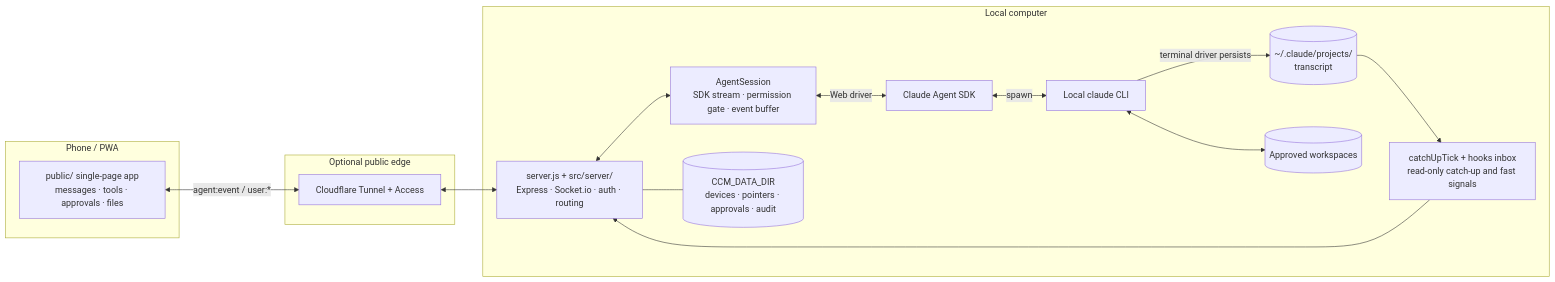
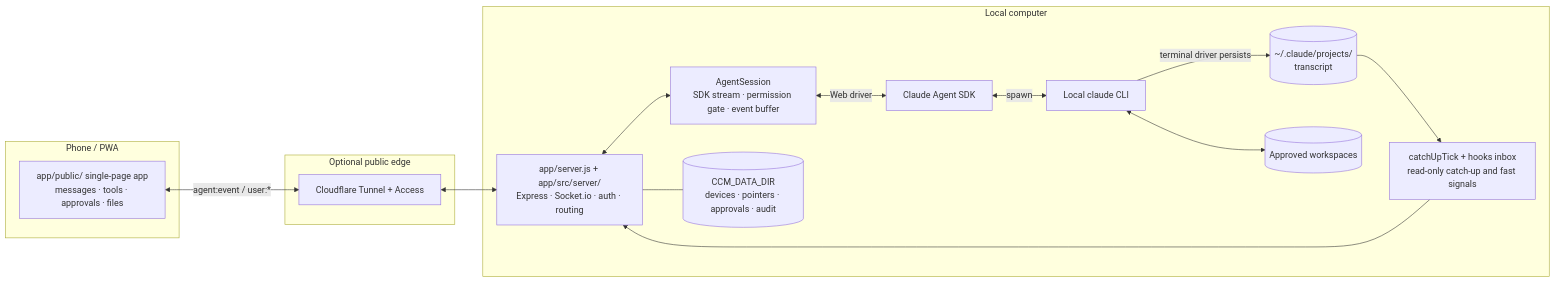
One commit to Ike-li/claude-chat-mobile changed the diagram in docs/architecture.en.md. Above: the diagram before and after it, drawn with Mermaid. The commit also changed other lines of this file and 393 other files, not shown here.

First line of the commit message:
refactor(repo): 运行时代码收进 app/（src + public + server.js）

````diff
--- a/docs/architecture.en.md
+++ b/docs/architecture.en.md
@@ -20,27 +20,27 @@
 ```mermaid
 graph LR
     subgraph Phone["Phone / PWA"]
-        UI["public/ single-page app<br/>messages · tools · approvals · files"]
+        UI["app/public/ single-page app<br/>messages · tools · approvals · files"]
     end
     subgraph Edge["Optional public edge"]
         CF["Cloudflare Tunnel + Access"]
     end
     subgraph Host["Local computer"]
-        S["server.js + src/server/<br/>Express · Socket.io · auth · routing"]
+        S["app/server.js + app/src/server/<br/>Express · Socket.io · auth · routing"]
         A["AgentSession<br/>SDK stream · permission gate · event buffer"]
         SDK["Claude Agent SDK"]
         CLI["Local claude CLI"]
         T[("~/.claude/projects/<br/>transcript")]
         H["catchUpTick + hooks inbox<br/>read-only catch-up and fast signals"]
         D[("CCM_DATA_DIR<br/>devices · pointers · approvals · audit")]
         FS[("Approved workspaces")]
     end
 
     UI <-->|"agent:event / user:*"| CF <--> S
     S <--> A
     A <-->|"Web driver"| SDK <-->|spawn| CLI
     CLI <--> FS
     CLI -->|"terminal driver persists"| T
     T --> H --> S
     S --- D
 ```
````
